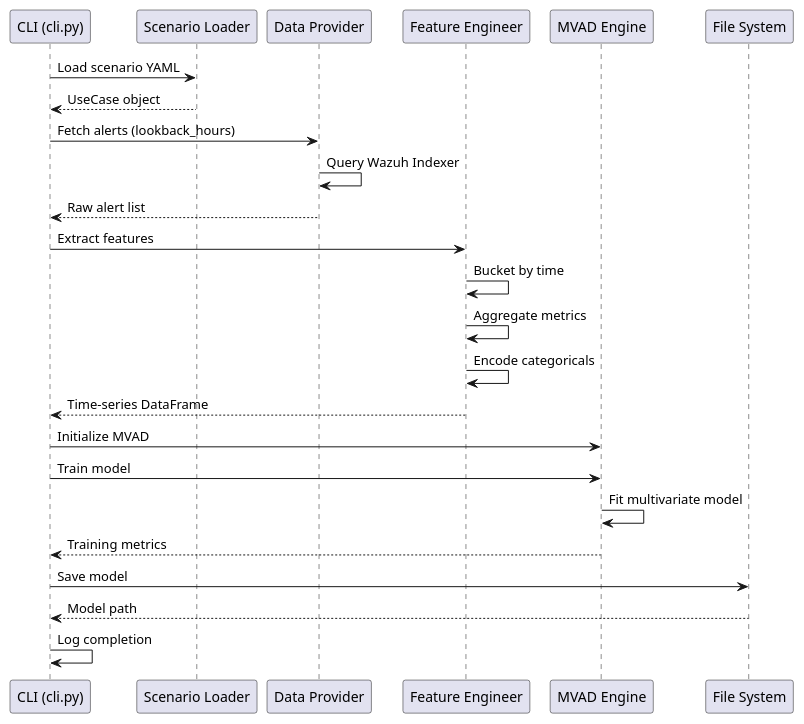
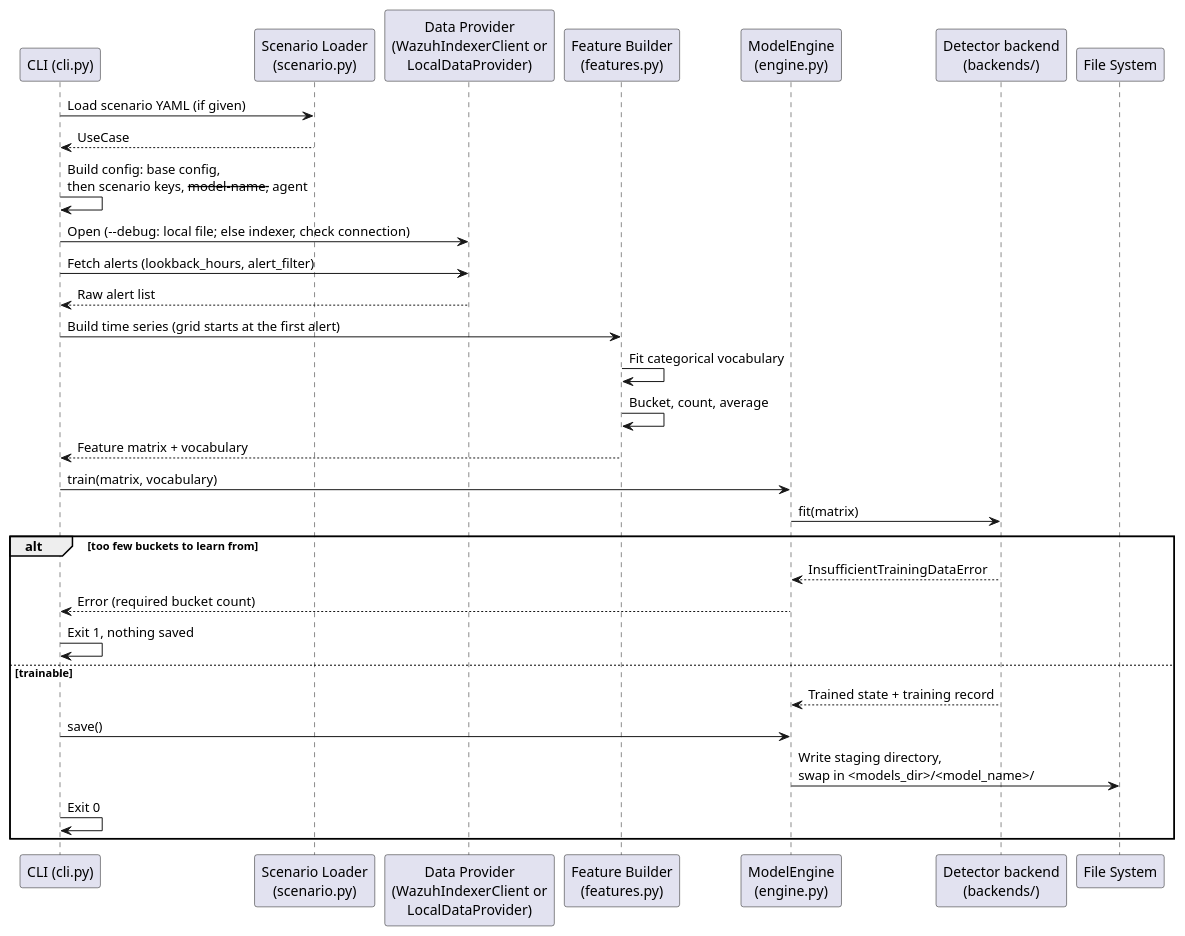
One commit to AbstractionsLab/idps-escape changed the diagram in docs/specs/larc/LARC-019.md. Above: the diagram before and after it, drawn with PlantUML. The commit also changed other lines of this file and 682 other files, not shown here.

````diff
--- a/docs/specs/larc/LARC-019.md
+++ b/docs/specs/larc/LARC-019.md
@@ -21,33 +24,37 @@
 ```plantuml
 @startuml
 participant "CLI (cli.py)" as CLI
-participant "Scenario Loader" as Scenario
-participant "Data Provider" as DataProvider
-participant "Feature Engineer" as Features
-participant "MVAD Engine" as Engine
+participant "Scenario Loader\n(scenario.py)" as Scenario
+participant "Data Provider\n(WazuhIndexerClient or\nLocalDataProvider)" as DataProvider
+participant "Feature Builder\n(features.py)" as Features
+participant "ModelEngine\n(engine.py)" as Engine
+participant "Detector backend\n(backends/)" as Backend
 participant "File System" as Storage
 
-CLI -> Scenario: Load scenario YAML
-Scenario --> CLI: UseCase object
+CLI -> Scenario: Load scenario YAML (if given)
+Scenario --> CLI: UseCase
+CLI -> CLI: Build config: base config,\nthen scenario keys, --model-name, --agent
 
-CLI -> DataProvider: Fetch alerts (lookback_hours)
-DataProvider -> DataProvider: Query Wazuh Indexer
+CLI -> DataProvider: Open (--debug: local file; else indexer, check connection)
+CLI -> DataProvider: Fetch alerts (lookback_hours, alert_filter)
 DataProvider --> CLI: Raw alert list
 
-CLI -> Features: Extract features
-Features -> Features: Bucket by time
-Features -> Features: Aggregate metrics
-Features -> Features: Encode categoricals
-Features --> CLI: Time-series DataFrame
+CLI -> Features: Build time series (grid starts at the first alert)
+Features -> Features: Fit categorical vocabulary
+Features -> Features: Bucket, count, average
+Features --> CLI: Feature matrix + vocabulary
 
-CLI -> Engine: Initialize MVAD
-CLI -> Engine: Train model
-Engine -> Engine: Fit multivariate model
-Engine --> CLI: Training metrics
-
-CLI -> Storage: Save model
-Storage --> CLI: Model path
-
-CLI -> CLI: Log completion
+CLI -> Engine: train(matrix, vocabulary)
+Engine -> Backend: fit(matrix)
+alt too few buckets to learn from
+  Backend --> Engine: InsufficientTrainingDataError
+  Engine --> CLI: Error (required bucket count)
+  CLI -> CLI: Exit 1, nothing saved
+else trainable
+  Backend --> Engine: Trained state + training record
+  CLI -> Engine: save()
+  Engine -> Storage: Write staging directory,\nswap in <models_dir>/<model_name>/
+  CLI -> CLI: Exit 0
+end
 @enduml
 ```
````
